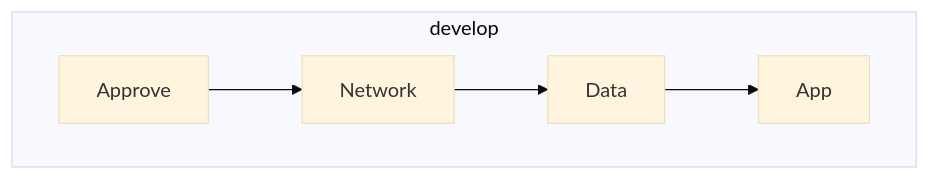
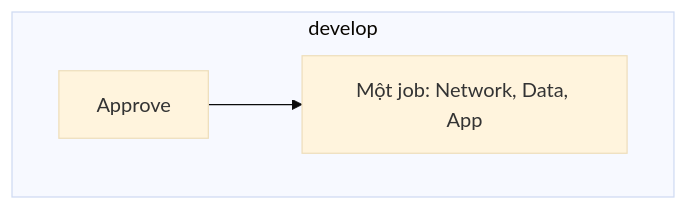
One commit to qlap04/KRT-run-infra changed the second of 3 diagrams in docs/SETUP_vi.md. Above: the diagram before and after it, drawn with Mermaid (base theme). The commit also changed other lines of this file and 3 other files, not shown here.

First line of the commit message:
refactor(pipelines): run network, data and app in one job

````diff
--- a/docs/SETUP_vi.md
+++ b/docs/SETUP_vi.md
@@ -68,8 +68,6 @@
 ```mermaid
 flowchart TD
   subgraph develop
-    D1[Approve] --> D2["Network"]
-    D2 --> D3["Data"]
-    D3 --> D4["App"]
+    D1[Approve] --> D2["Một job: Network, Data, App"]
   end
 ```
````
